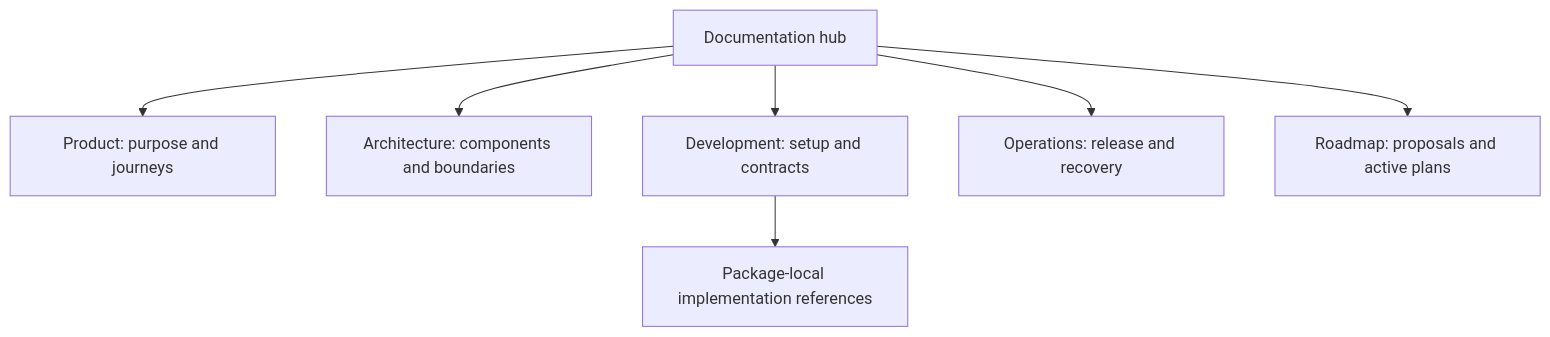
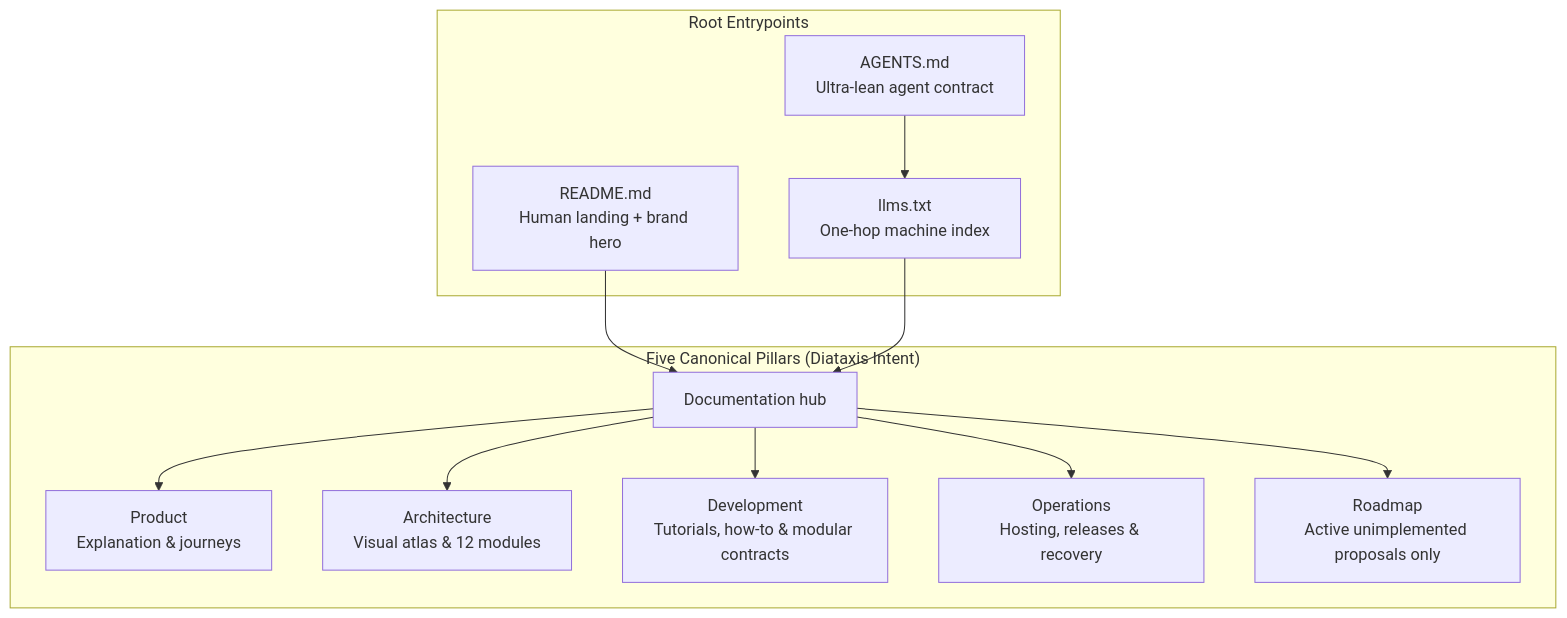
The diagram in docs/development/documentation.md (hushh-labs/hushh-research), drawn with Mermaid before and after one commit. The commit also changed other lines of this file and 12 other files, not shown here.

First line of the commit message:
docs: wave 1 dual-audience guideline, brand hero visuals, and llms.txt index

````diff
--- a/docs/development/documentation.md
+++ b/docs/development/documentation.md
@@ -11,16 +12,26 @@
 ```mermaid
 flowchart TB
-  hub["Documentation hub"]
-  product["Product: purpose and journeys"]
-  architecture["Architecture: components and boundaries"]
-  development["Development: setup and contracts"]
-  operations["Operations: release and recovery"]
-  roadmap["Roadmap: proposals and active plans"]
-  packages["Package-local implementation references"]
+  subgraph RootDoors["Root Entrypoints"]
+    humanDoor["README.md<br/>Human landing + brand hero"]
+    agentDoor["AGENTS.md<br/>Ultra-lean agent contract"]
+    llmsIndex["llms.txt<br/>One-hop machine index"]
+  end
+
+  subgraph FivePillars["Five Canonical Pillars (Diataxis Intent)"]
+    hub["Documentation hub"]
+    product["Product<br/>Explanation & journeys"]
+    architecture["Architecture<br/>Visual atlas & 12 modules"]
+    development["Development<br/>Tutorials, how-to & modular contracts"]
+    operations["Operations<br/>Hosting, releases & recovery"]
+    roadmap["Roadmap<br/>Active unimplemented proposals only"]
+  end
+
+  humanDoor --> hub
+  agentDoor --> llmsIndex
+  llmsIndex --> hub
   hub --> product
   hub --> architecture
   hub --> development
   hub --> operations
   hub --> roadmap
-  development --> packages
 ```
````
